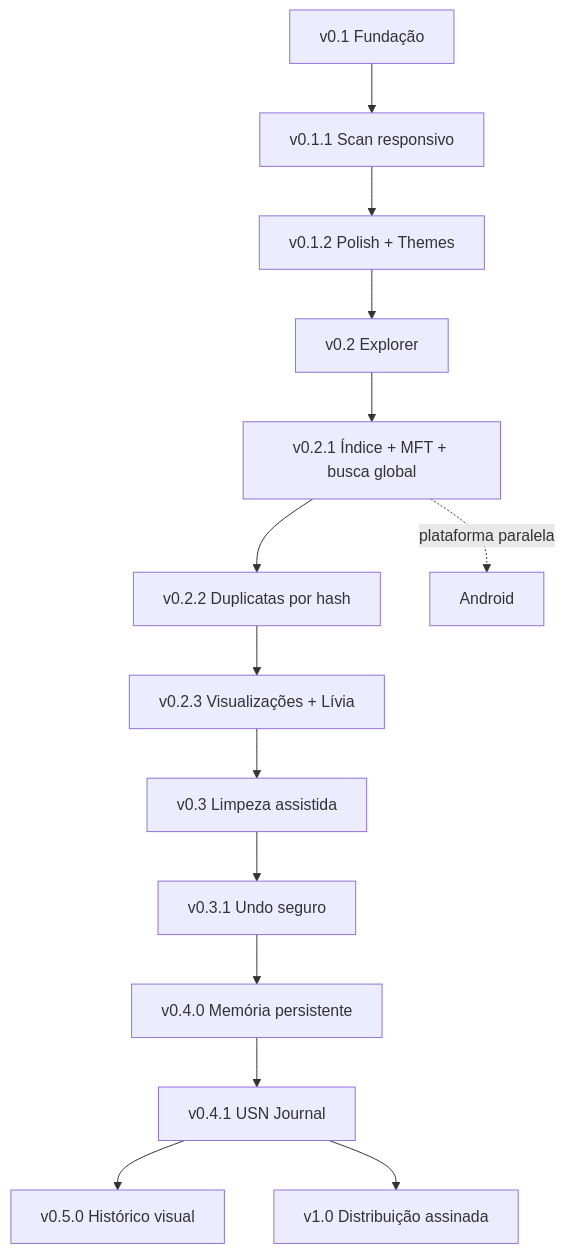
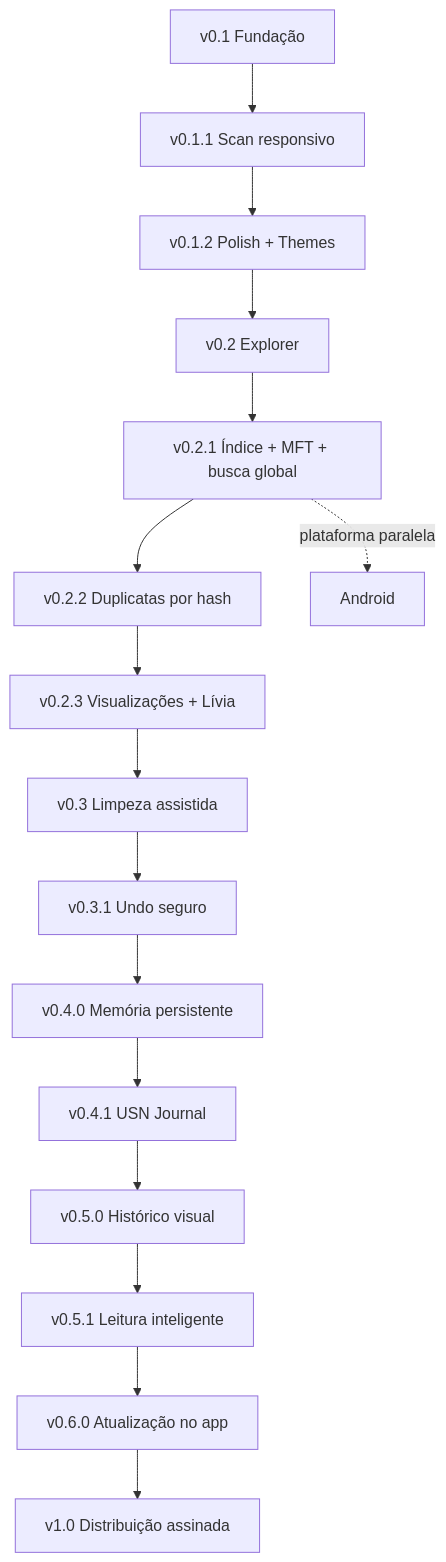
Before and after one commit to tombemol/L.I.V.I.A: the tenth of 10 diagrams in README.md, drawn with Mermaid. The commit also changed other lines of this file, not shown here.

````diff
--- a/README.md
+++ b/README.md
@@ -464,16 +484,18 @@
 ```mermaid
 flowchart TD
     A[v0.1 Fundação] --> B[v0.1.1 Scan responsivo]
     B --> C[v0.1.2 Polish + Themes]
     C --> D[v0.2 Explorer]
     D --> E[v0.2.1 Índice + MFT + busca global]
     E --> F[v0.2.2 Duplicatas por hash]
     F --> V[v0.2.3 Visualizações + Lívia]
     V --> G[v0.3 Limpeza assistida]
     G --> U[v0.3.1 Undo seguro]
     U --> M[v0.4.0 Memória persistente]
     M --> H[v0.4.1 USN Journal]
     H --> V5[v0.5.0 Histórico visual]
-    H --> I[v1.0 Distribuição assinada]
+    V5 --> V51[v0.5.1 Leitura inteligente]
+    V51 --> V6[v0.6.0 Atualização no app]
+    V6 --> I[v1.0 Distribuição assinada]
     E -. plataforma paralela .-> J[Android]
 ```
````
